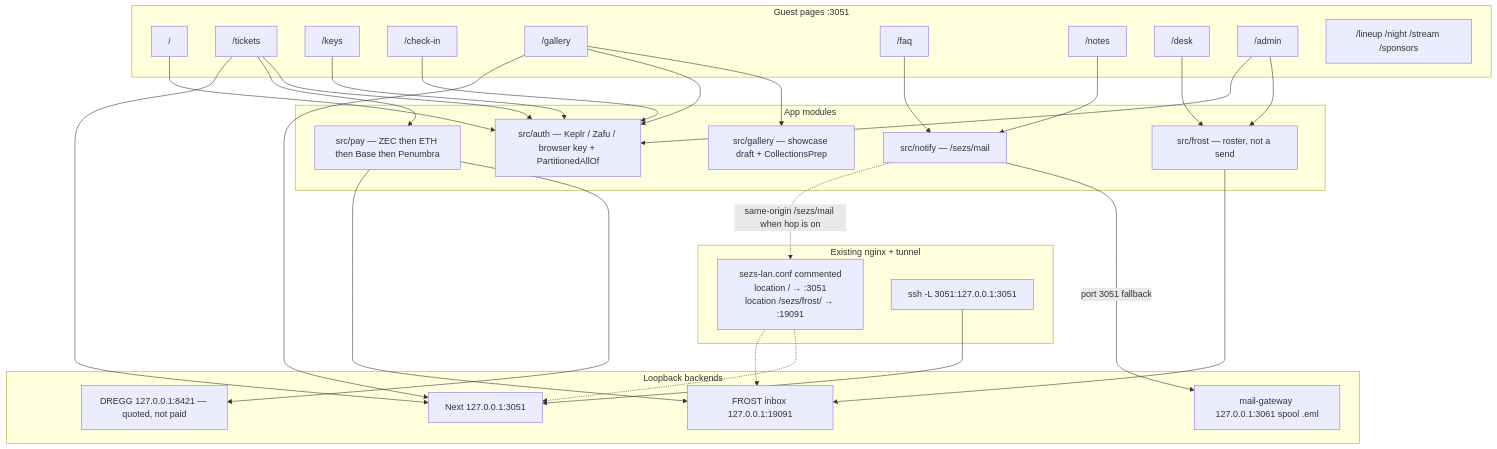
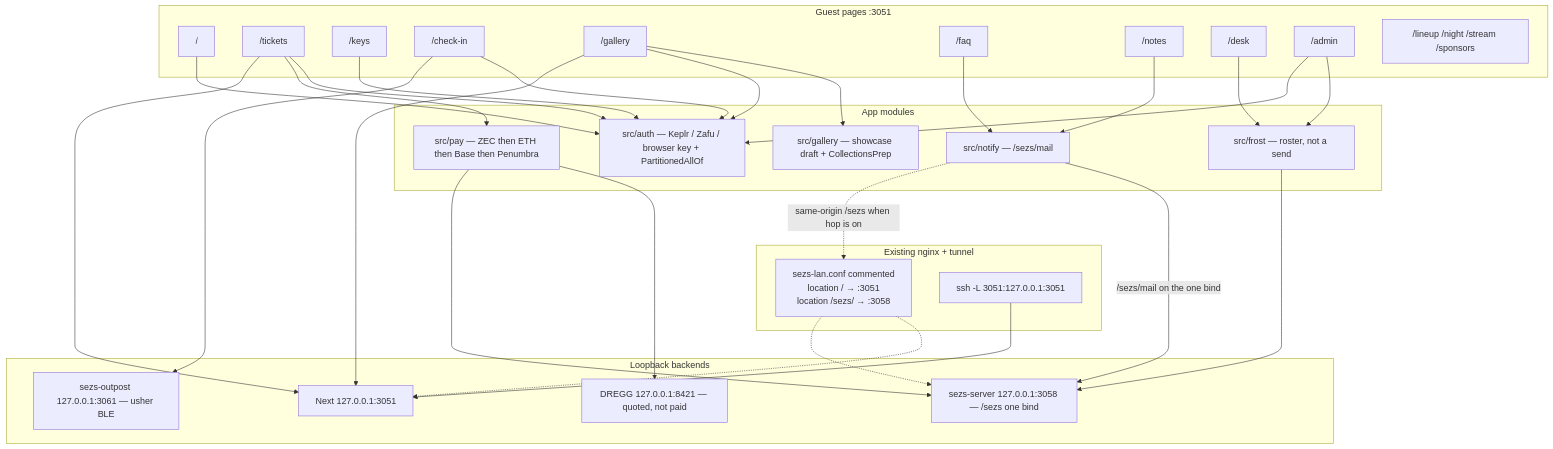
Before and after one commit to permissionlessweb/sezs: the diagram in apps/sezs/ARCHITECTURE.md, drawn with Mermaid. The commit also changed other lines of this file and 63 other files, not shown here.

First line of the commit message:
Remove replaced Node HTTP servers; point dev at sezs-server and sezs-outpost.

````diff
--- a/apps/sezs/ARCHITECTURE.md
+++ b/apps/sezs/ARCHITECTURE.md
@@ -13,58 +13,59 @@
 ```mermaid
 flowchart TB
   subgraph pages ["Guest pages :3051"]
     HOME["/"]
     T["/tickets"]
     K["/keys"]
     CI["/check-in"]
     G["/gallery"]
     FAQ["/faq"]
     N["/notes"]
     D["/desk"]
     A["/admin"]
     L["/lineup /night /stream /sponsors"]
   end
 
   subgraph src ["App modules"]
     AUTH["src/auth — Keplr / Zafu / browser key + PartitionedAllOf"]
     PAY["src/pay — ZEC then ETH then Base then Penumbra"]
     FROST["src/frost — roster, not a send"]
     SHOW["src/gallery — showcase draft + CollectionsPrep"]
     MAILC["src/notify — /sezs/mail"]
   end
 
   subgraph loop ["Loopback backends"]
     NEXT["Next 127.0.0.1:3051"]
-    INBOX["FROST inbox 127.0.0.1:19091"]
-    GW["mail-gateway 127.0.0.1:3061 spool .eml"]
+    SRV["sezs-server 127.0.0.1:3058 — /sezs one bind"]
+    OUT["sezs-outpost 127.0.0.1:3061 — usher BLE"]
     DREGG["DREGG 127.0.0.1:8421 — quoted, not paid"]
   end
 
   subgraph hop ["Existing nginx + tunnel"]
-    NGX["sezs-lan.conf commented\nlocation / → :3051\nlocation /sezs/frost/ → :19091"]
+    NGX["sezs-lan.conf commented\nlocation / → :3051\nlocation /sezs/ → :3058"]
     TUN["ssh -L 3051:127.0.0.1:3051"]
   end
 
   HOME --> AUTH
   T --> AUTH
   T --> PAY
   K --> AUTH
   CI --> AUTH
   G --> SHOW
   G --> AUTH
   FAQ --> MAILC
   N --> MAILC
   D --> FROST
   A --> FROST
   A --> AUTH
   PAY --> DREGG
-  PAY --> INBOX
-  FROST --> INBOX
-  MAILC -->|"port 3051 fallback"| GW
-  MAILC -.->|"same-origin /sezs/mail when hop is on"| NGX
+  PAY --> SRV
+  FROST --> SRV
+  MAILC -->|"/sezs/mail on the one bind"| SRV
+  MAILC -.->|"same-origin /sezs when hop is on"| NGX
   T --> NEXT
   G --> NEXT
   TUN --> NEXT
   NGX -.-> NEXT
-  NGX -.-> INBOX
+  CI --> OUT
+  NGX -.-> SRV
 ```
````
